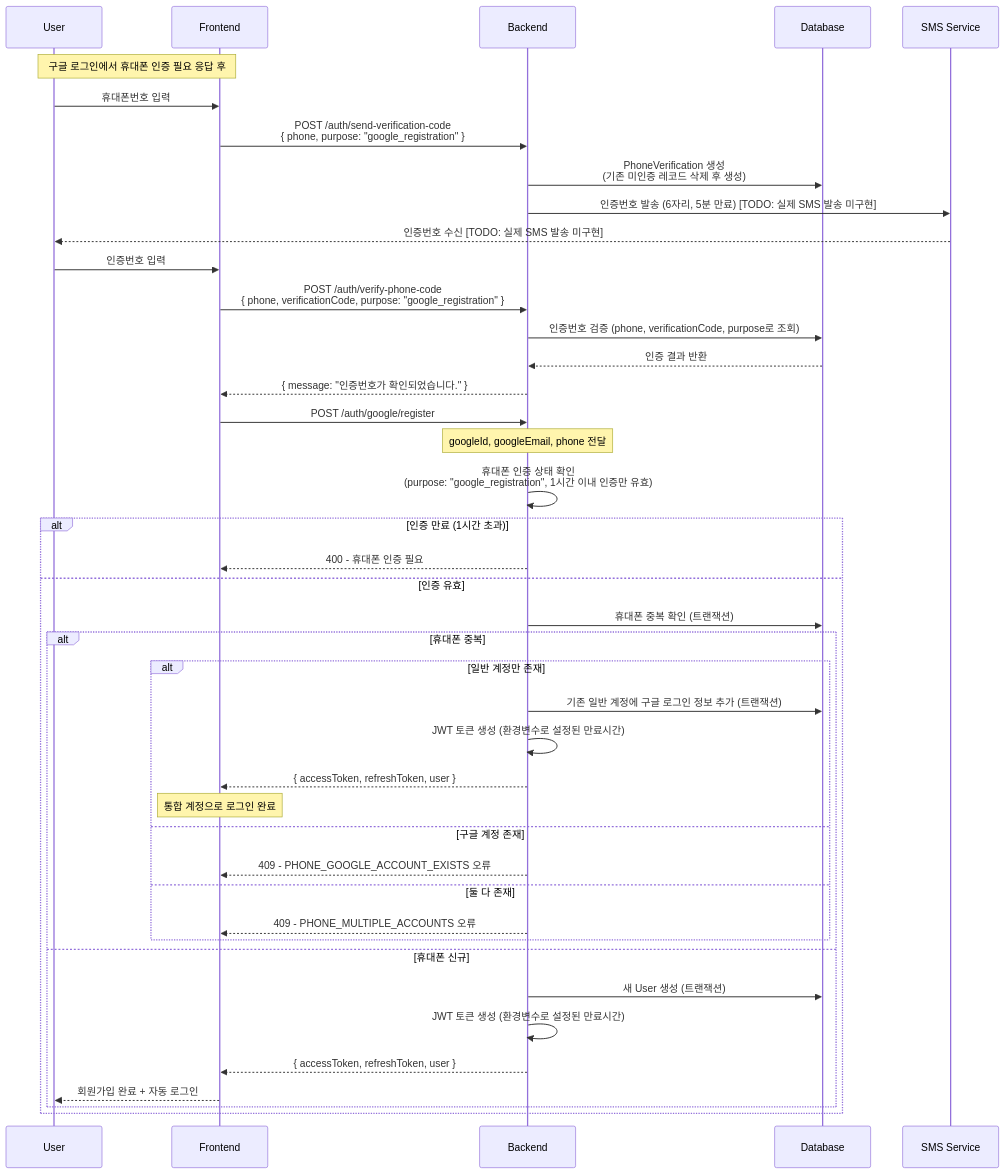
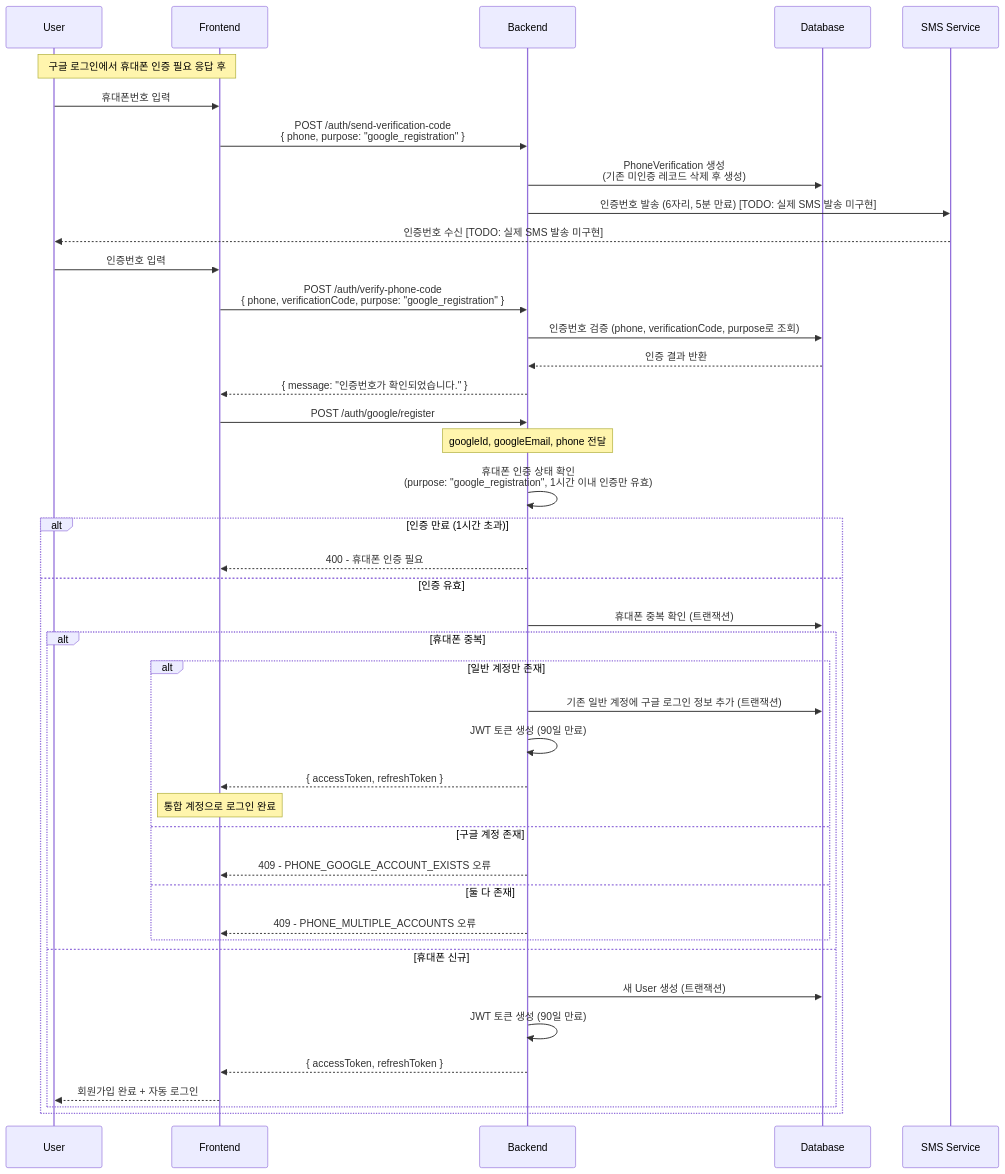
The fourth of 8 diagrams in docs/common/feature/통합 인증 - 가이드.md (picake-team/picake-engineering-backend), drawn with Mermaid before and after one commit. The commit also changed other lines of this file and 15 other files, not shown here.

````diff
--- a/docs/common/feature/통합 인증 - 가이드.md
+++ b/docs/common/feature/통합 인증 - 가이드.md
@@ -145,48 +144,48 @@
 ```mermaid
 sequenceDiagram
     participant U as User
     participant F as Frontend
     participant B as Backend
     participant DB as Database
     participant SMS as SMS Service
 
     Note over U,F: 구글 로그인에서 휴대폰 인증 필요 응답 후
 
     U->>F: 휴대폰번호 입력
     F->>B: POST /auth/send-verification-code<br/>{ phone, purpose: "google_registration" }
     B->>DB: PhoneVerification 생성<br/>(기존 미인증 레코드 삭제 후 생성)
     B->>SMS: 인증번호 발송 (6자리, 5분 만료) [TODO: 실제 SMS 발송 미구현]
     SMS-->>U: 인증번호 수신 [TODO: 실제 SMS 발송 미구현]
 
     U->>F: 인증번호 입력
     F->>B: POST /auth/verify-phone-code<br/>{ phone, verificationCode, purpose: "google_registration" }
     B->>DB: 인증번호 검증 (phone, verificationCode, purpose로 조회)
     DB-->>B: 인증 결과 반환
     B-->>F: { message: "인증번호가 확인되었습니다." }
 
     F->>B: POST /auth/google/register
     Note over B: googleId, googleEmail, phone 전달
     B->>B: 휴대폰 인증 상태 확인<br/>(purpose: "google_registration", 1시간 이내 인증만 유효)
     alt 인증 만료 (1시간 초과)
         B-->>F: 400 - 휴대폰 인증 필요
     else 인증 유효
         B->>DB: 휴대폰 중복 확인 (트랜잭션)
         alt 휴대폰 중복
             alt 일반 계정만 존재
                 B->>DB: 기존 일반 계정에 구글 로그인 정보 추가 (트랜잭션)
-                B->>B: JWT 토큰 생성 (환경변수로 설정된 만료시간)
-                B-->>F: { accessToken, refreshToken, user }
+                B->>B: JWT 토큰 생성 (90일 만료)
+                B-->>F: { accessToken, refreshToken }
                 Note over F: 통합 계정으로 로그인 완료
             else 구글 계정 존재
                 B-->>F: 409 - PHONE_GOOGLE_ACCOUNT_EXISTS 오류
             else 둘 다 존재
                 B-->>F: 409 - PHONE_MULTIPLE_ACCOUNTS 오류
             end
         else 휴대폰 신규
             B->>DB: 새 User 생성 (트랜잭션)
-            B->>B: JWT 토큰 생성 (환경변수로 설정된 만료시간)
-            B-->>F: { accessToken, refreshToken, user }
+            B->>B: JWT 토큰 생성 (90일 만료)
+            B-->>F: { accessToken, refreshToken }
             F-->>U: 회원가입 완료 + 자동 로그인
         end
     end
 ```
````
